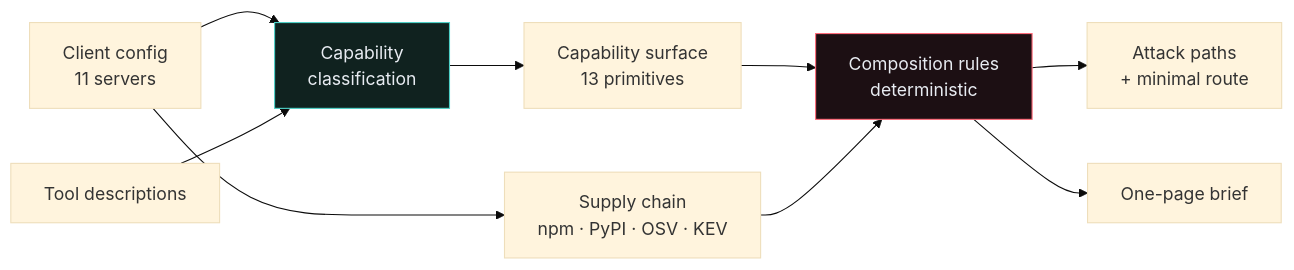
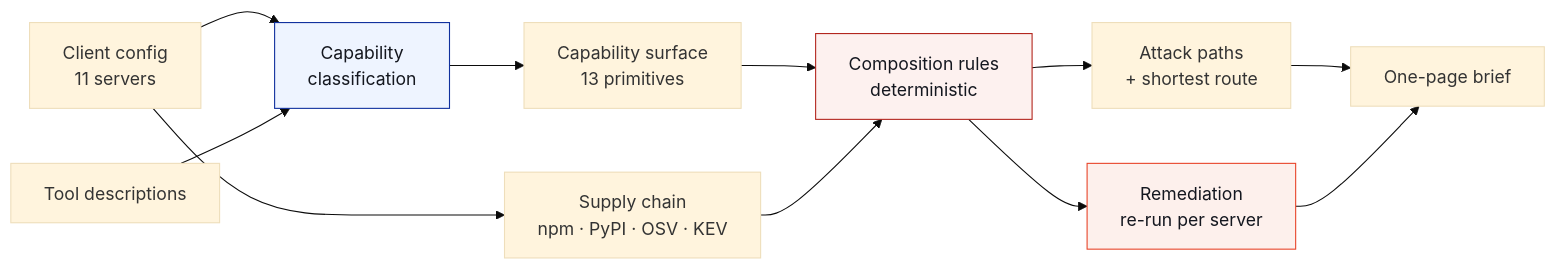
The diagram in README.md (Rappid-exe/cursorHack), drawn with Mermaid (base theme) before and after one commit. The commit also changed other lines of this file and 1 other file, not shown here.

Commit message:
Make the brief recommend what the dashboard recommends
The brief still carried the pre-remediation copy, so it told a reader to remove
servers the dashboard had just shown close nothing, and phrased a shape match
as a removal instruction. Both now read from the same remediation numbers.

````diff
--- a/README.md
+++ b/README.md
@@ -38,14 +38,17 @@
 ```mermaid
 flowchart LR
     A["Client config<br/>11 servers"] --> B["Capability<br/>classification"]
     T["Tool descriptions"] --> B
     B --> C["Capability surface<br/>13 primitives"]
     C --> D["Composition rules<br/>deterministic"]
     A --> E["Supply chain<br/>npm · PyPI · OSV · KEV"]
     E --> D
-    D --> F["Attack paths<br/>+ minimal route"]
-    D --> G["One-page brief"]
+    D --> F["Attack paths<br/>+ shortest route"]
+    D --> R["Remediation<br/>re-run per server"]
+    F --> G["One-page brief"]
+    R --> G
 
-    style B fill:#10221f,stroke:#4dd0c7,color:#e8ecf2
-    style D fill:#1c0f13,stroke:#ff6b7a,color:#e8ecf2
+    style B fill:#eef4ff,stroke:#10309e,color:#14171f
+    style D fill:#fdf1ef,stroke:#b3261e,color:#14171f
+    style R fill:#fdf0ec,stroke:#e8452a,color:#14171f
 ```
````
